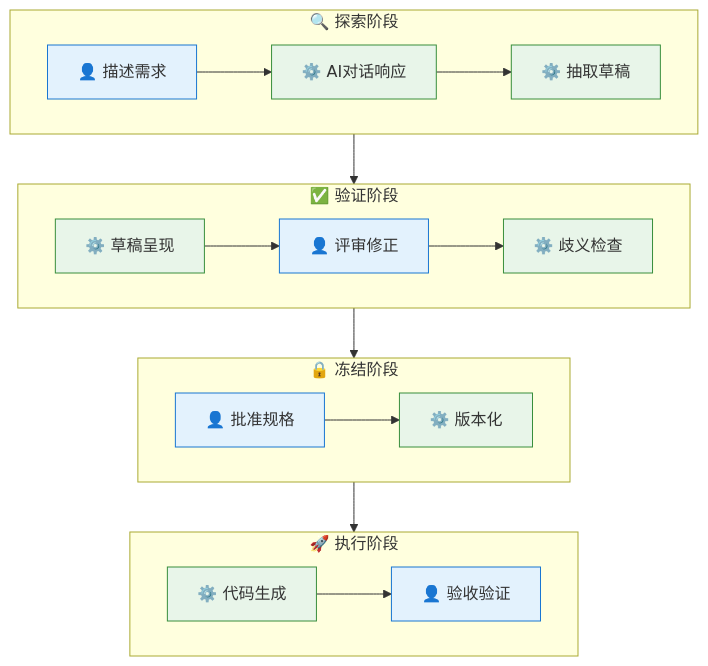
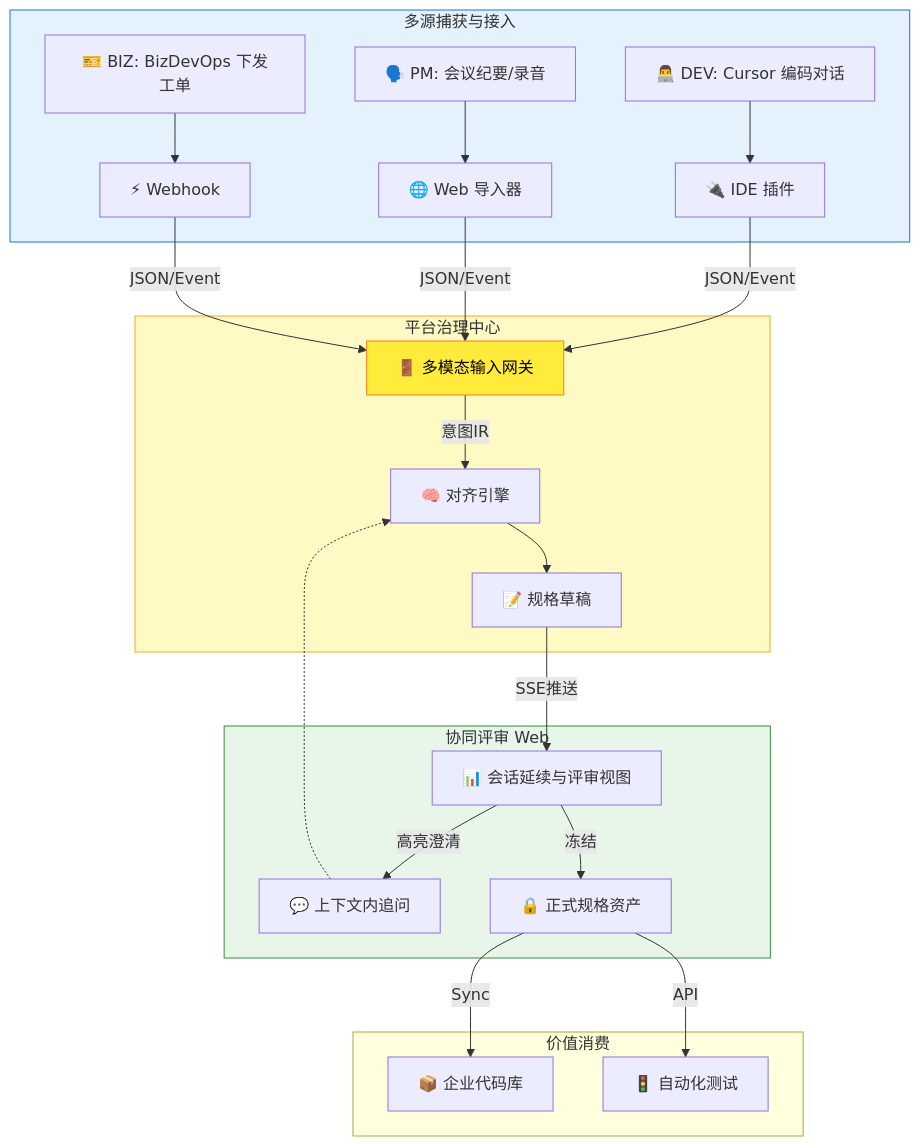
One commit to hrygo/SparkForge changed the second of 4 diagrams in docs/PRD_Spec_Builder.md. Above: the diagram before and after it, drawn with Mermaid. The commit also changed other lines of this file and 4 other files, not shown here.

````diff
--- a/docs/PRD_Spec_Builder.md
+++ b/docs/PRD_Spec_Builder.md
@@ -115,31 +111,31 @@
 ```mermaid
 flowchart TB
-    subgraph S1["🔍 探索阶段"]
-        A1[👤 描述需求] --> A2[⚙️ AI对话响应] --> A3[⚙️ 抽取草稿]
+    subgraph Capture [多源捕获与接入]
+        A1[👨‍💻 DEV: Cursor 编码对话] --> G1[🔌 IDE 插件]
+        A2[🗣️ PM: 会议纪要/录音] --> G2[🌐 Web 导入器]
+        A3[🎫 BIZ: BizDevOps 下发工单] --> G3[⚡ Webhook]
     end
 
-    subgraph S2["✅ 验证阶段"]
-        B1[⚙️ 草稿呈现] --> B2[👤 评审修正] --> B3[⚙️ 歧义检查]
+    subgraph Process[平台治理中心]
+        G1 & G2 & G3 -->|JSON/Event| GW[🚪 多模态输入网关]
+        GW -->|意图IR| ENG[🧠 对齐引擎]
+        ENG --> DRAFT[📝 规格草稿]
     end
 
-    subgraph S3["🔒 冻结阶段"]
-        C1[👤 批准规格] --> C2[⚙️ 版本化]
+    subgraph Review [协同评审 Web]
+        DRAFT -->|SSE推送| V[📊 会话延续与评审视图]
+        V -->|高亮澄清| CLARIFY[💬 上下文内追问]
+        CLARIFY -.-> ENG
+        V -->|冻结| LOCK[🔒 正式规格资产]
     end
 
-    subgraph S4["🚀 执行阶段"]
-        D1[⚙️ 代码生成] --> D2[👤 验收验证]
+    subgraph Consume [价值消费]
+        LOCK -->|Sync| GIT[📦 企业代码库]
+        LOCK -->|API| TEST[🚦 自动化测试]
     end
 
-    S1 --> S2 --> S3 --> S4
-
-    style A1 fill:#E3F2FD,stroke:#1976D2
-    style A2 fill:#E8F5E9,stroke:#388E3C
-    style A3 fill:#E8F5E9,stroke:#388E3C
-    style B1 fill:#E8F5E9,stroke:#388E3C
-    style B2 fill:#E3F2FD,stroke:#1976D2
-    style B3 fill:#E8F5E9,stroke:#388E3C
-    style C1 fill:#E3F2FD,stroke:#1976D2
-    style C2 fill:#E8F5E9,stroke:#388E3C
-    style D1 fill:#E8F5E9,stroke:#388E3C
-    style D2 fill:#E3F2FD,stroke:#1976D2
+    style Capture fill:#E3F2FD,stroke:#1976D2
+    style Process fill:#FFF9C4,stroke:#F9A825
+    style GW fill:#FFEB3B,stroke:#F57F17,color:#000
+    style Review fill:#E8F5E9,stroke:#388E3C
 ```
````
